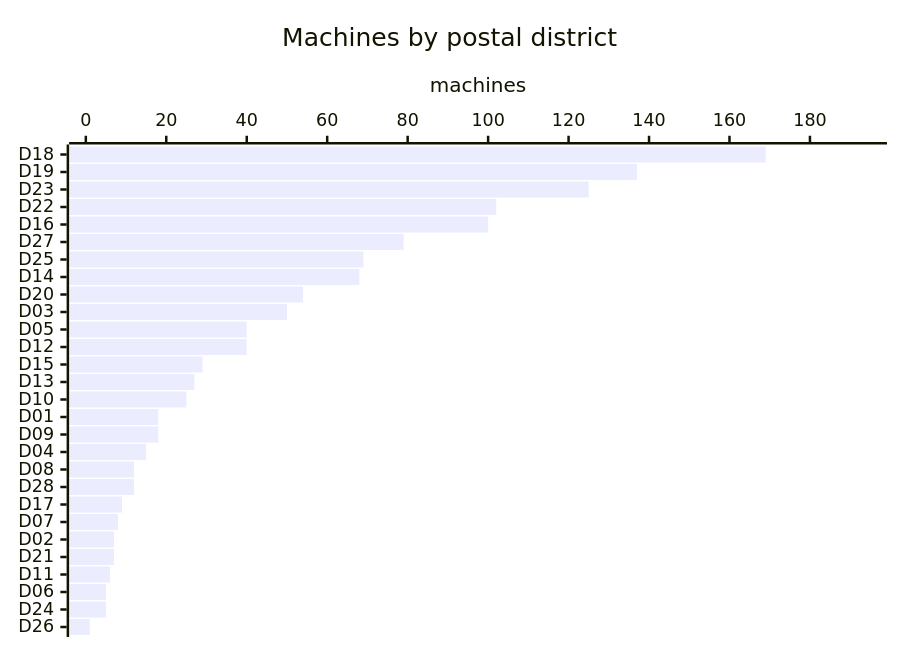
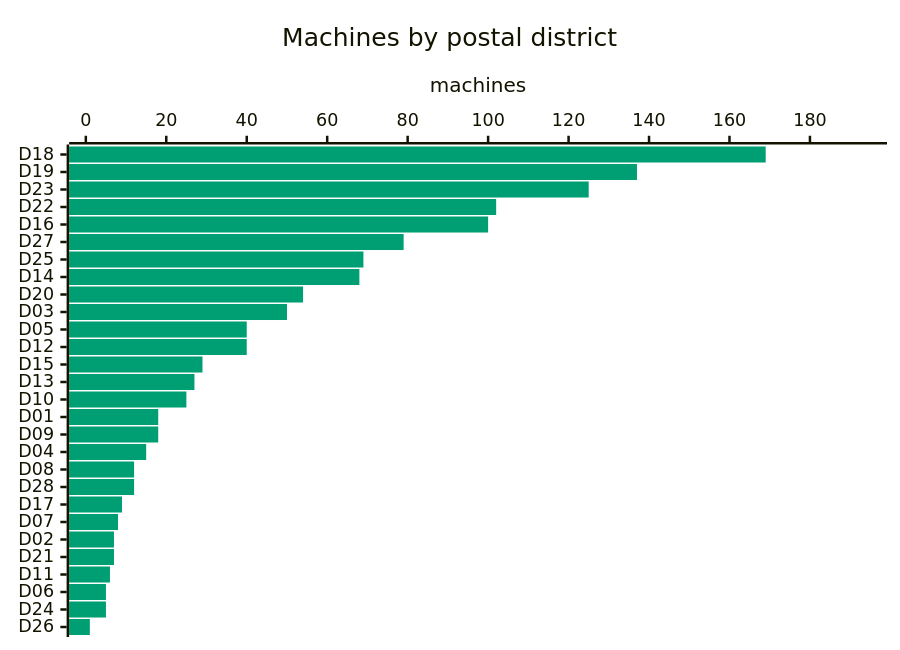
The fourth of 7 diagrams in ANALYSIS.md (cheeaun/returnright-data), drawn with Mermaid before and after one commit. The commit also changed other lines of this file and 1 other file, not shown here.

Commit message:
Use Okabe-Ito colorblind-safe palette for mermaid charts

````diff
--- a/ANALYSIS.md
+++ b/ANALYSIS.md
@@ -98,13 +119,16 @@
 ```mermaid
 ---
 config:
+  themeVariables:
+    xyChart:
+      plotColorPalette: "#009E73"
   xyChart:
-    chartOrientation: horizontal
+    chartOrientation: "horizontal"
     plotReservedSpacePercent: 40
 ---
 xychart-beta
     title "Machines by postal district"
     x-axis ["D18", "D19", "D23", "D22", "D16", "D27", "D25", "D14", "D20", "D03", "D05", "D12", "D15", "D13", "D10", "D01", "D09", "D04", "D08", "D28", "D17", "D07", "D02", "D21", "D11", "D06", "D24", "D26"]
     y-axis "machines" 0 --> 195
     bar [169, 137, 125, 102, 100, 79, 69, 68, 54, 50, 40, 40, 29, 27, 25, 18, 18, 15, 12, 12, 9, 8, 7, 7, 6, 5, 5, 1]
 ```
````
